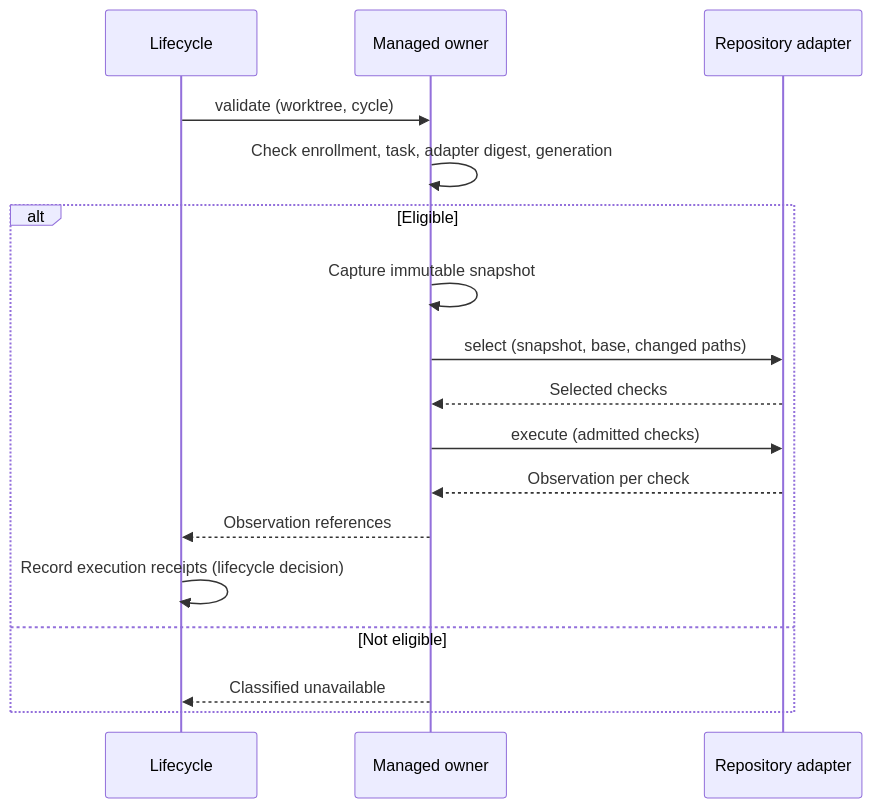
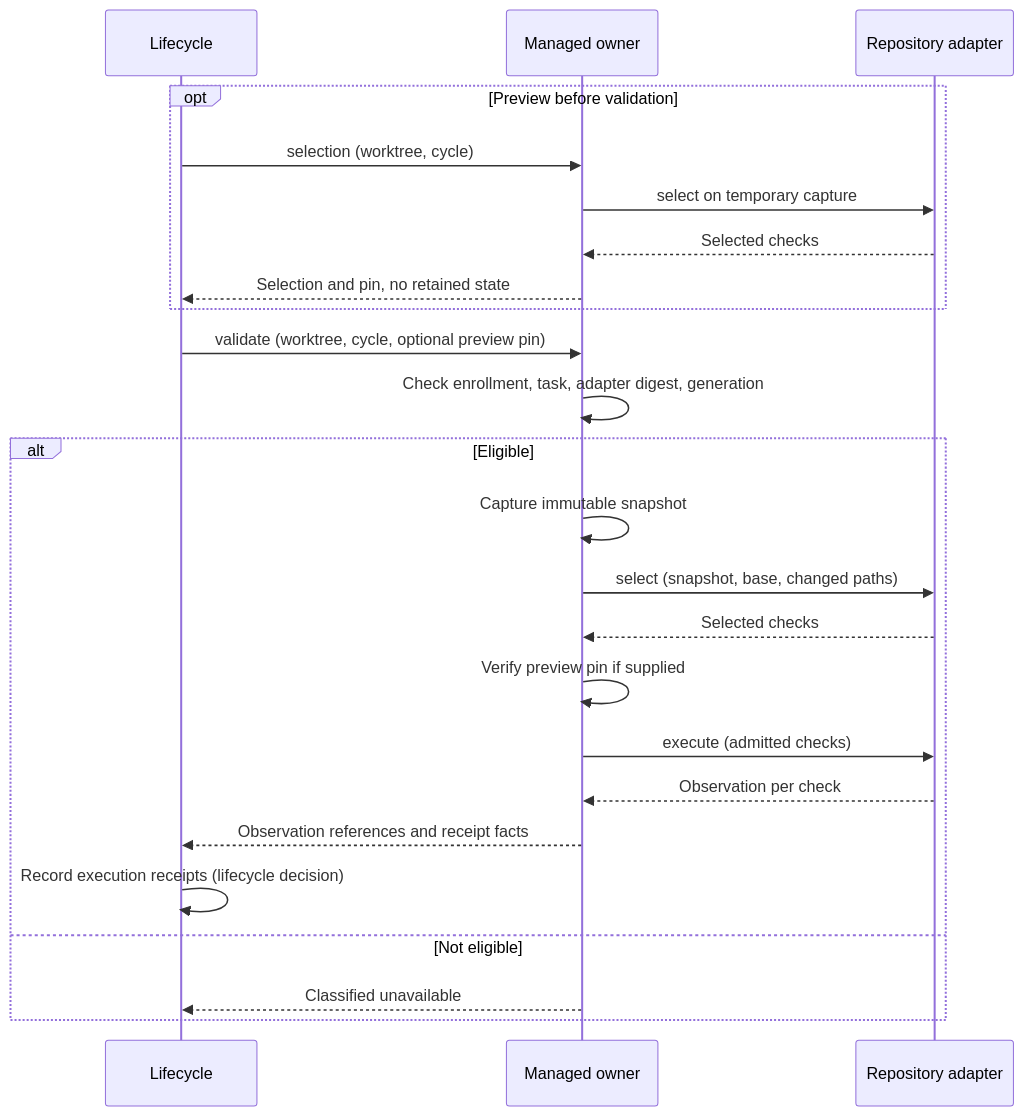
Before and after one commit to Saltiola7/dotfiles-ai: the first of 3 diagrams in docs/specs/continuous_validation/features/shift-left-affected-validation.md, drawn with Mermaid. The commit also changed other lines of this file and 14 other files, not shown here.

````diff
--- a/docs/specs/continuous_validation/features/shift-left-affected-validation.md
+++ b/docs/specs/continuous_validation/features/shift-left-affected-validation.md
@@ -284,21 +300,28 @@
 ```mermaid
 sequenceDiagram
   accTitle: A validate run and its result
   accDescr: The lifecycle asks the managed owner to run the repository selection on a fresh snapshot; observations return to the lifecycle, which alone decides whether they become receipts.
   participant L as Lifecycle
   participant O as Managed owner
   participant A as Repository adapter
-  L->>O: validate (worktree, cycle)
+  opt Preview before validation
+    L->>O: selection (worktree, cycle)
+    O->>A: select on temporary capture
+    A-->>O: Selected checks
+    O-->>L: Selection and pin, no retained state
+  end
+  L->>O: validate (worktree, cycle, optional preview pin)
   O->>O: Check enrollment, task, adapter digest, generation
   alt Eligible
     O->>O: Capture immutable snapshot
     O->>A: select (snapshot, base, changed paths)
     A-->>O: Selected checks
+    O->>O: Verify preview pin if supplied
     O->>A: execute (admitted checks)
     A-->>O: Observation per check
-    O-->>L: Observation references
+    O-->>L: Observation references and receipt facts
     L->>L: Record execution receipts (lifecycle decision)
   else Not eligible
     O-->>L: Classified unavailable
   end
 ```
````
